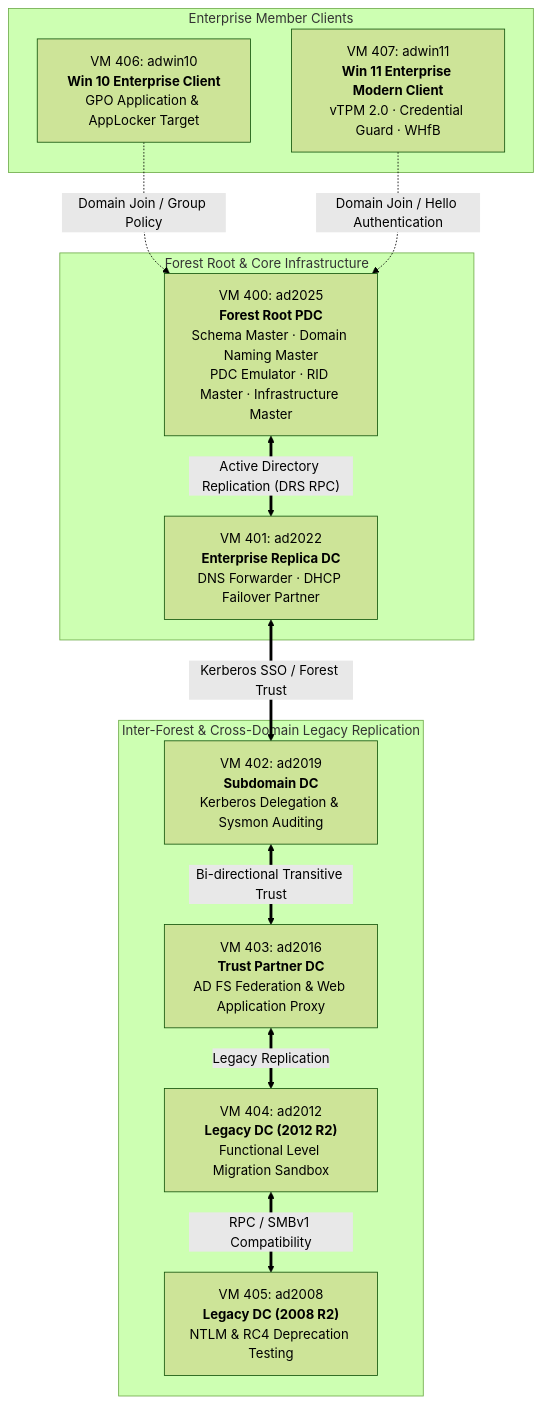
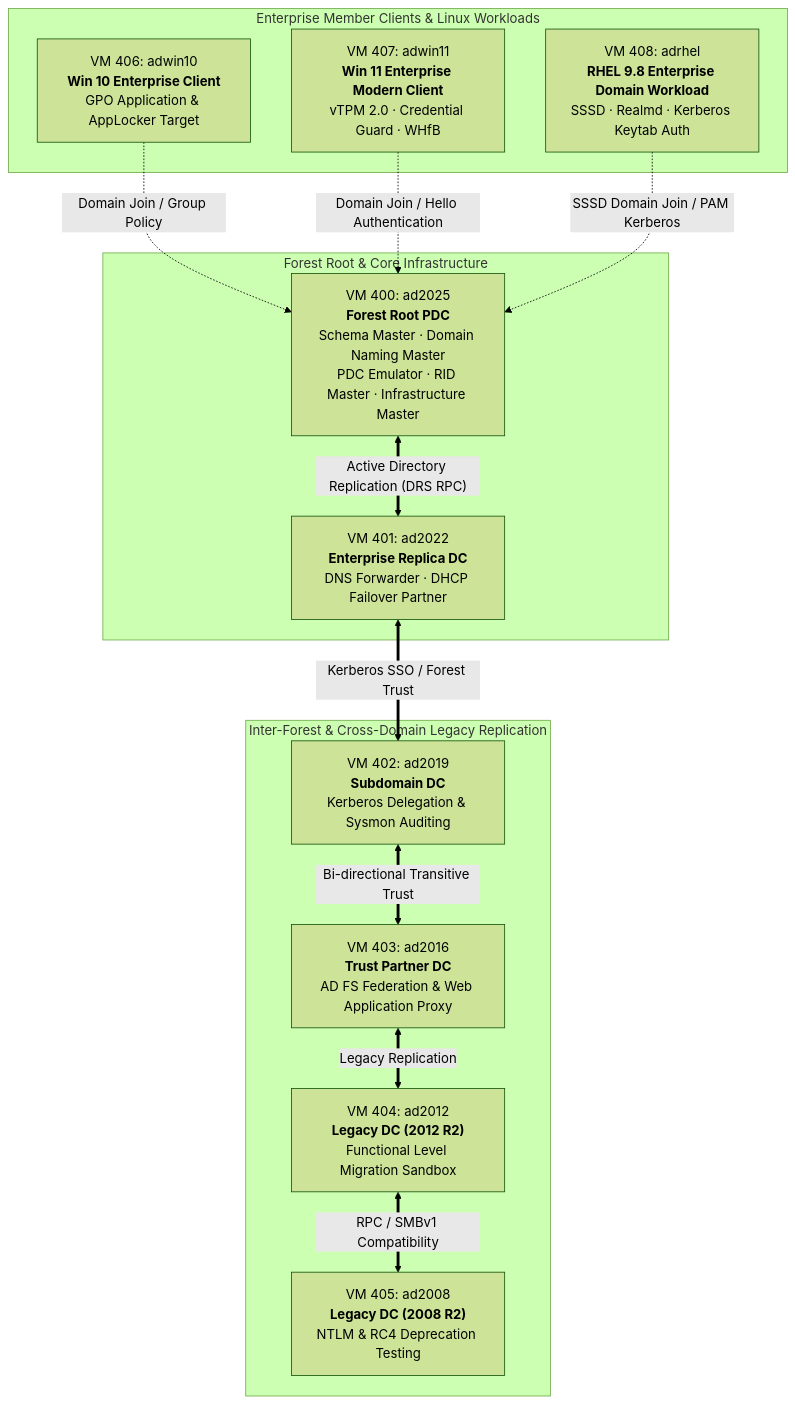
One commit to stefanutc1/datacenter changed the diagram in docs/ACTIVE_DIRECTORY_LAB.md. Above: the diagram before and after it, drawn with Mermaid (forest theme). The commit also changed other lines of this file and 27 other files, not shown here.

````diff
--- a/docs/ACTIVE_DIRECTORY_LAB.md
+++ b/docs/ACTIVE_DIRECTORY_LAB.md
@@ -34,28 +36,30 @@
 ```mermaid
 flowchart TD
     subgraph FOREST_ROOT["Forest Root & Core Infrastructure"]
         VM400["VM 400: ad2025<br/><b>Forest Root PDC</b><br/>Schema Master · Domain Naming Master<br/>PDC Emulator · RID Master · Infrastructure Master"]
         VM401["VM 401: ad2022<br/><b>Enterprise Replica DC</b><br/>DNS Forwarder · DHCP Failover Partner"]
     end
 
     subgraph LEGACY_TREE["Inter-Forest & Cross-Domain Legacy Replication"]
         VM402["VM 402: ad2019<br/><b>Subdomain DC</b><br/>Kerberos Delegation & Sysmon Auditing"]
         VM403["VM 403: ad2016<br/><b>Trust Partner DC</b><br/>AD FS Federation & Web Application Proxy"]
         VM404["VM 404: ad2012<br/><b>Legacy DC (2012 R2)</b><br/>Functional Level Migration Sandbox"]
         VM405["VM 405: ad2008<br/><b>Legacy DC (2008 R2)</b><br/>NTLM & RC4 Deprecation Testing"]
     end
 
-    subgraph WORKSTATIONS["Enterprise Member Clients"]
+    subgraph CLIENTS_AND_WORKLOADS["Enterprise Member Clients & Linux Workloads"]
         VM406["VM 406: adwin10<br/><b>Win 10 Enterprise Client</b><br/>GPO Application & AppLocker Target"]
         VM407["VM 407: adwin11<br/><b>Win 11 Enterprise Modern Client</b><br/>vTPM 2.0 · Credential Guard · WHfB"]
+        VM408["VM 408: adrhel<br/><b>RHEL 9.8 Enterprise Domain Workload</b><br/>SSSD · Realmd · Kerberos Keytab Auth"]
     end
 
     VM400 <==>|"Active Directory Replication (DRS RPC)"| VM401
     VM401 <==>|"Kerberos SSO / Forest Trust"| VM402
     VM402 <==>|"Bi-directional Transitive Trust"| VM403
     VM403 <==>|"Legacy Replication"| VM404
     VM404 <==>|"RPC / SMBv1 Compatibility"| VM405
 
     VM406 -.->|"Domain Join / Group Policy"| VM400
     VM407 -.->|"Domain Join / Hello Authentication"| VM400
+    VM408 -.->|"SSSD Domain Join / PAM Kerberos"| VM400
 ```
````
